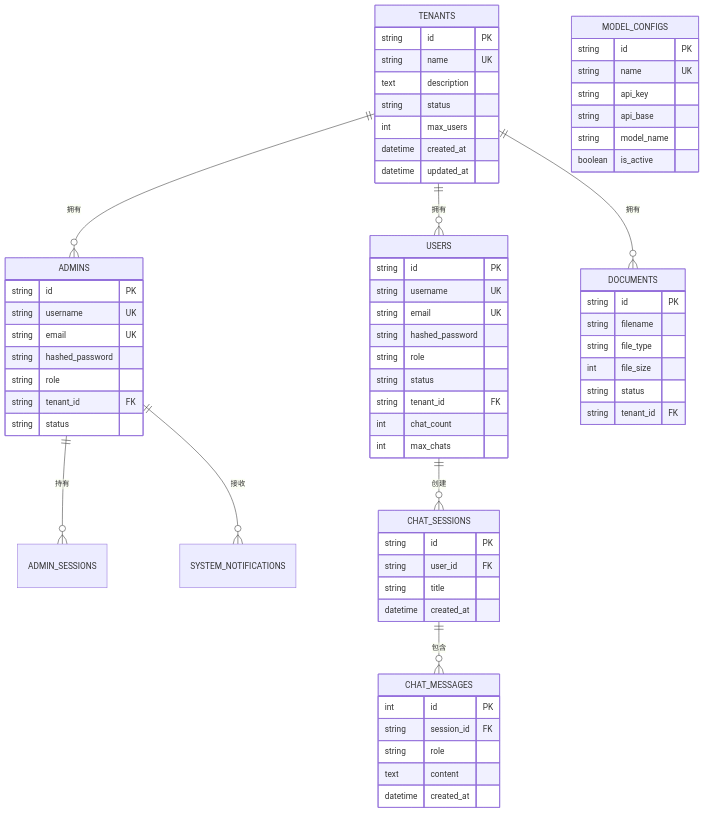
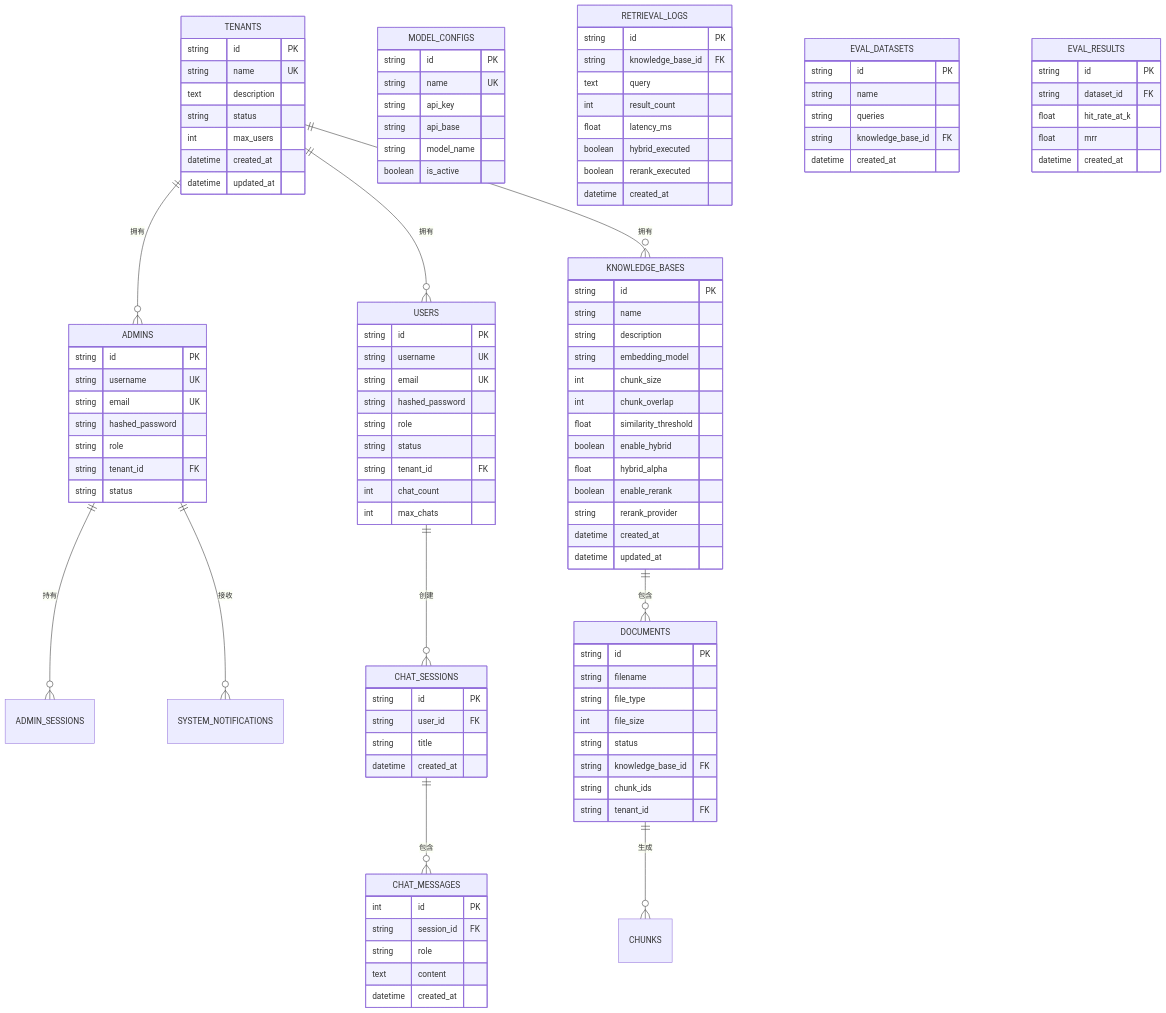
Before and after one commit to xmgfy/MGAgent: the diagram in website/docs/architecture/database.md, drawn with Mermaid. The commit also changed other lines of this file and 67 other files, not shown here.

````diff
--- a/website/docs/architecture/database.md
+++ b/website/docs/architecture/database.md
@@ -16,11 +16,13 @@
 erDiagram
     TENANTS ||--o{ ADMINS : "拥有"
     TENANTS ||--o{ USERS : "拥有"
-    TENANTS ||--o{ DOCUMENTS : "拥有"
+    TENANTS ||--o{ KNOWLEDGE_BASES : "拥有"
     ADMINS ||--o{ ADMIN_SESSIONS : "持有"
     ADMINS ||--o{ SYSTEM_NOTIFICATIONS : "接收"
     USERS ||--o{ CHAT_SESSIONS : "创建"
     CHAT_SESSIONS ||--o{ CHAT_MESSAGES : "包含"
+    KNOWLEDGE_BASES ||--o{ DOCUMENTS : "包含"
+    DOCUMENTS ||--o{ CHUNKS : "生成"
 
     TENANTS {
         string id PK
@@ -54,6 +56,33 @@
         int max_chats
     }
 
+    KNOWLEDGE_BASES {
+        string id PK
+        string name
+        string description
+        string embedding_model
+        int chunk_size
+        int chunk_overlap
+        float similarity_threshold
+        boolean enable_hybrid
+        float hybrid_alpha
+        boolean enable_rerank
+        string rerank_provider
+        datetime created_at
+        datetime updated_at
+    }
+
+    DOCUMENTS {
+        string id PK
+        string filename
+        string file_type
+        int file_size
+        string status
+        string knowledge_base_id FK
+        string chunk_ids
+        string tenant_id FK
+    }
+
     CHAT_SESSIONS {
         string id PK
         string user_id FK
@@ -78,12 +107,30 @@
         boolean is_active
     }
 
-    DOCUMENTS {
+    RETRIEVAL_LOGS {
         string id PK
-        string filename
-        string file_type
-        int file_size
-        string status
-        string tenant_id FK
+        string knowledge_base_id FK
+        text query
+        int result_count
+        float latency_ms
+        boolean hybrid_executed
+        boolean rerank_executed
+        datetime created_at
+    }
+
+    EVAL_DATASETS {
+        string id PK
+        string name
+        string queries
+        string knowledge_base_id FK
+        datetime created_at
+    }
+
+    EVAL_RESULTS {
+        string id PK
+        string dataset_id FK
+        float hit_rate_at_k
+        float mrr
+        datetime created_at
     }
 ```
````
